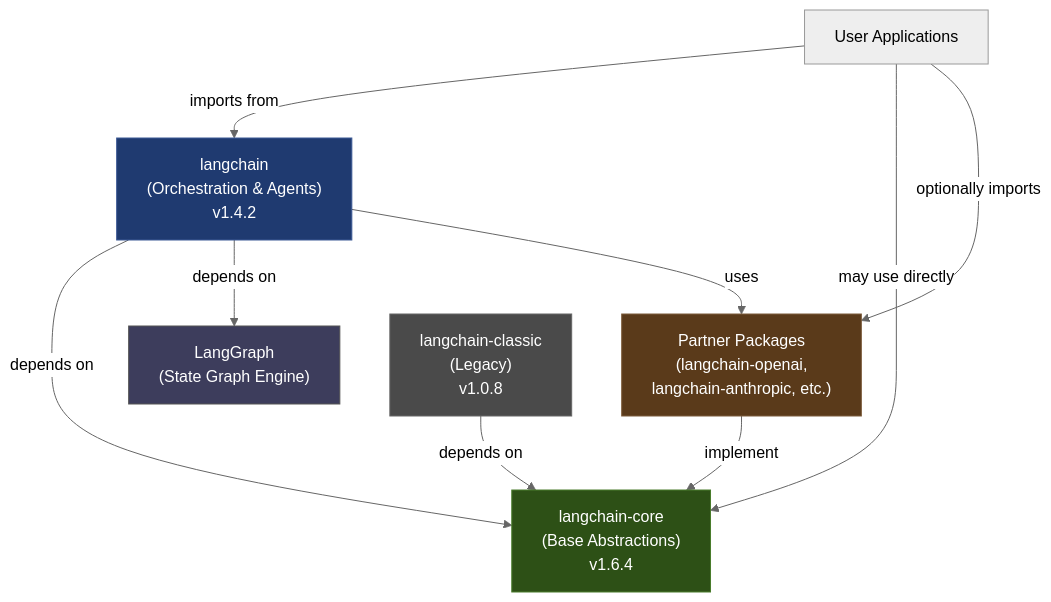
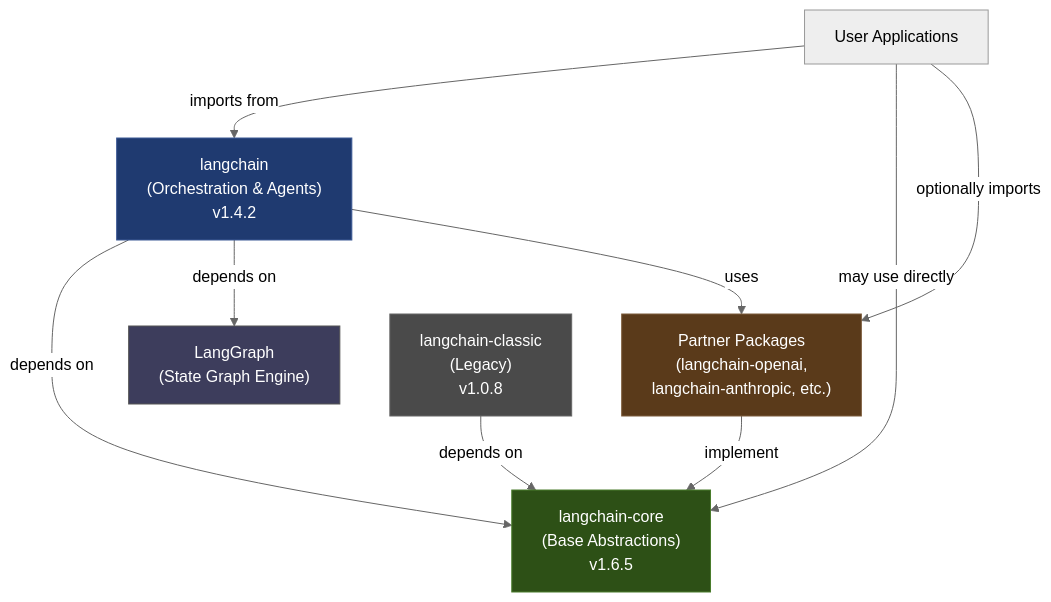
One commit to Rehman-AD/ai-langchain-core changed the first of 4 diagrams in openwiki/architecture.md. Above: the diagram before and after it, drawn with Mermaid (neutral theme). The commit also changed other lines of this file and 48 other files, not shown here.

````diff
--- a/openwiki/architecture.md
+++ b/openwiki/architecture.md
@@ -59,25 +59,25 @@
 ```mermaid
 graph TB
     User["User Applications"]
     
     User -->|imports from| LangChain["langchain<br/>(Orchestration & Agents)<br/>v1.4.2"]
-    User -->|may use directly| Core["langchain-core<br/>(Base Abstractions)<br/>v1.6.4"]
+    User -->|may use directly| Core["langchain-core<br/>(Base Abstractions)<br/>v1.6.5"]
     
     LangChain -->|depends on| Core
     LangChain -->|depends on| LangGraph["LangGraph<br/>(State Graph Engine)"]
     
     Partners["Partner Packages<br/>(langchain-openai,<br/>langchain-anthropic, etc.)"]
     Partners -->|implement| Core
     
     User -->|optionally imports| Partners
     LangChain -->|uses| Partners
     
     Classic["langchain-classic<br/>(Legacy)<br/>v1.0.8"]
     Classic -->|depends on| Core
     
     style Core fill:#2d5016,stroke:#4a7c2c,color:#fff
     style LangChain fill:#1f3a70,stroke:#3d5a96,color:#fff
     style Partners fill:#5a3a1a,stroke:#7d5c3c,color:#fff
     style Classic fill:#4a4a4a,stroke:#666,color:#fff
     style LangGraph fill:#3d3d5c,stroke:#555,color:#fff
 ```
````
